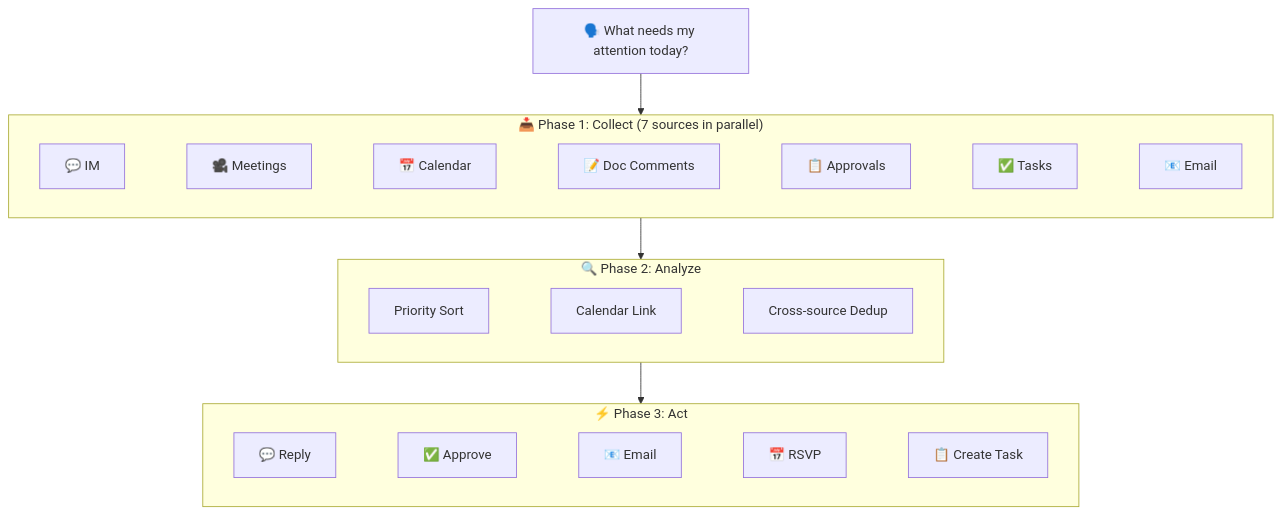
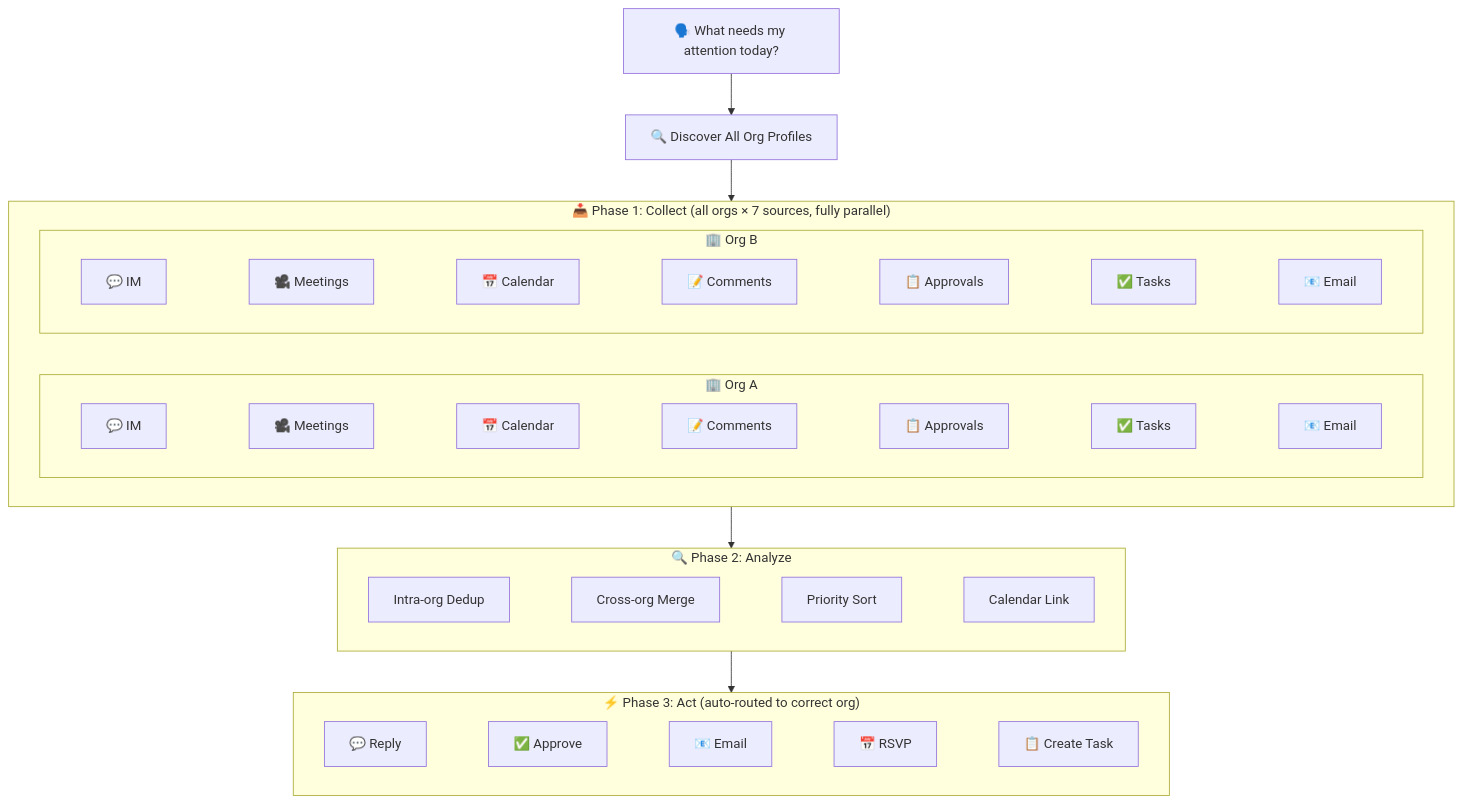
Before and after one commit to autumnseasonism/lark-todo-skill: the diagram in README_EN.md, drawn with Mermaid. The commit also changed other lines of this file and 1 other file, not shown here.

First line of the commit message:
docs: make multi-org feature prominent in README above the fold

````diff
--- a/README_EN.md
+++ b/README_EN.md
@@ -75,23 +82,32 @@
 ```mermaid
 flowchart TB
-    User["🗣️ What needs my attention today?"] --> Collect
+    User["🗣️ What needs my attention today?"] --> Discover
 
-    subgraph Collect["📥 Phase 1: Collect (7 sources in parallel)"]
+    Discover["🔍 Discover All Org Profiles"] --> Collect
+
+    subgraph Collect["📥 Phase 1: Collect (all orgs × 7 sources, fully parallel)"]
         direction LR
-        C1["💬 IM"] ~~~ C2["🎥 Meetings"] ~~~ C3["📅 Calendar"] ~~~ C4["📝 Doc Comments"] ~~~ C5["📋 Approvals"] ~~~ C6["✅ Tasks"] ~~~ C7["📧 Email"]
+        subgraph OrgA["🏢 Org A"]
+            direction LR
+            C1["💬 IM"] ~~~ C2["🎥 Meetings"] ~~~ C3["📅 Calendar"] ~~~ C4["📝 Comments"] ~~~ C5["📋 Approvals"] ~~~ C6["✅ Tasks"] ~~~ C7["📧 Email"]
+        end
+        subgraph OrgB["🏢 Org B"]
+            direction LR
+            D1["💬 IM"] ~~~ D2["🎥 Meetings"] ~~~ D3["📅 Calendar"] ~~~ D4["📝 Comments"] ~~~ D5["📋 Approvals"] ~~~ D6["✅ Tasks"] ~~~ D7["📧 Email"]
+        end
     end
 
     Collect --> Analyze
 
     subgraph Analyze["🔍 Phase 2: Analyze"]
         direction LR
-        A1["Priority Sort"] ~~~ A2["Calendar Link"] ~~~ A3["Cross-source Dedup"]
+        A1["Intra-org Dedup"] ~~~ A2["Cross-org Merge"] ~~~ A3["Priority Sort"] ~~~ A4["Calendar Link"]
     end
 
     Analyze --> Action
 
-    subgraph Action["⚡ Phase 3: Act"]
+    subgraph Action["⚡ Phase 3: Act (auto-routed to correct org)"]
         direction LR
         O1["💬 Reply"] ~~~ O2["✅ Approve"] ~~~ O3["📧 Email"] ~~~ O4["📅 RSVP"] ~~~ O5["📋 Create Task"]
     end
 ```
````
